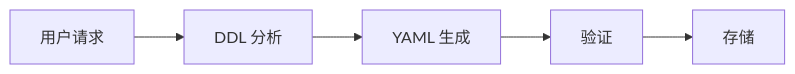
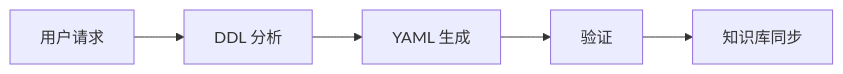
Before and after one commit to Datus-ai/Datus-agent: the second of 8 diagrams in docs/subagent/builtin_subagents.zh.md, drawn with Mermaid. The commit also changed other lines of this file and 1 other file, not shown here.

````diff
--- a/docs/subagent/builtin_subagents.zh.md
+++ b/docs/subagent/builtin_subagents.zh.md
@@ -235,7 +235,7 @@
 ```mermaid
 graph LR
     A[用户请求] --> B[DDL 分析]
     B --> C[YAML 生成]
     C --> D[验证]
-    D --> E[存储]
+    D --> E[知识库同步]
 ```
````
